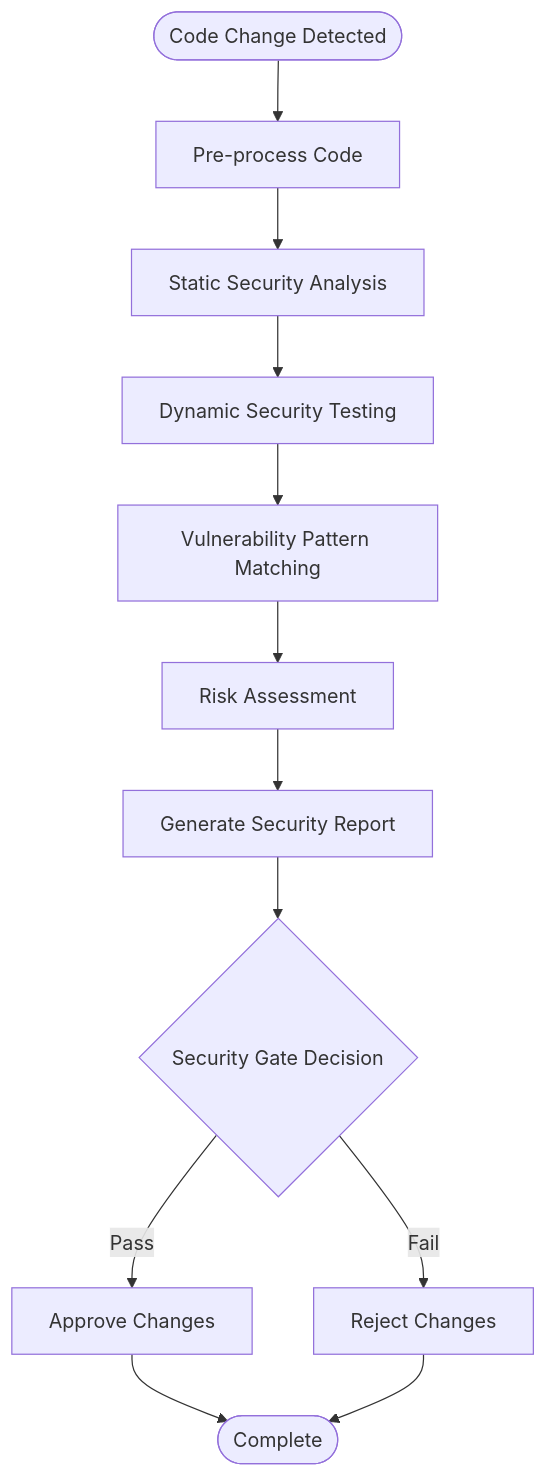
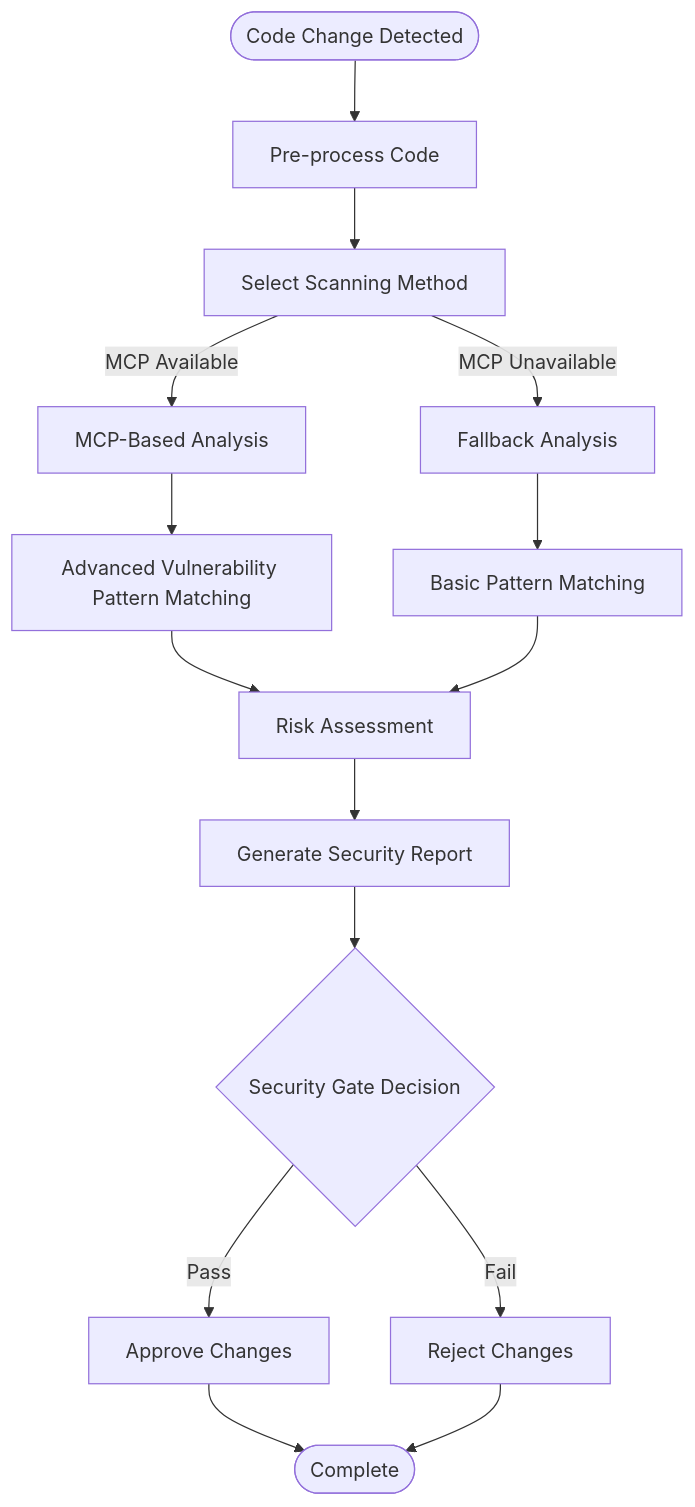
Before and after one commit to Sherlock-Shi/pi-codex-kit: the fifth of 7 diagrams in .qoder/repowiki/en/content/Skills Reference/Code Review Skills/Security Gate Skill.md, drawn with Mermaid. The commit also changed other lines of this file and 6 other files, not shown here.

````diff
--- a/.qoder/repowiki/en/content/Skills Reference/Code Review Skills/Security Gate Skill.md
+++ b/.qoder/repowiki/en/content/Skills Reference/Code Review Skills/Security Gate Skill.md
@@ -113,14 +279,17 @@
 ```mermaid
 flowchart TD
 Start([Code Change Detected]) --> PreProcess["Pre-process Code"]
-PreProcess --> StaticAnalysis["Static Security Analysis"]
-StaticAnalysis --> DynamicAnalysis["Dynamic Security Testing"]
-DynamicAnalysis --> PatternMatching["Vulnerability Pattern Matching"]
+PreProcess --> ToolSelection["Select Scanning Method"]
+ToolSelection --> |MCP Available| MCPAnalysis["MCP-Based Analysis"]
+ToolSelection --> |MCP Unavailable| FallbackAnalysis["Fallback Analysis"]
+MCPAnalysis --> PatternMatching["Advanced Vulnerability Pattern Matching"]
+FallbackAnalysis --> BasicPatternMatching["Basic Pattern Matching"]
 PatternMatching --> RiskAssessment["Risk Assessment"]
+BasicPatternMatching --> RiskAssessment
 RiskAssessment --> ReportGeneration["Generate Security Report"]
 ReportGeneration --> Decision{"Security Gate Decision"}
 Decision --> |Pass| Approve["Approve Changes"]
 Decision --> |Fail| Reject["Reject Changes"]
 Approve --> End([Complete])
 Reject --> End
 ```
````
